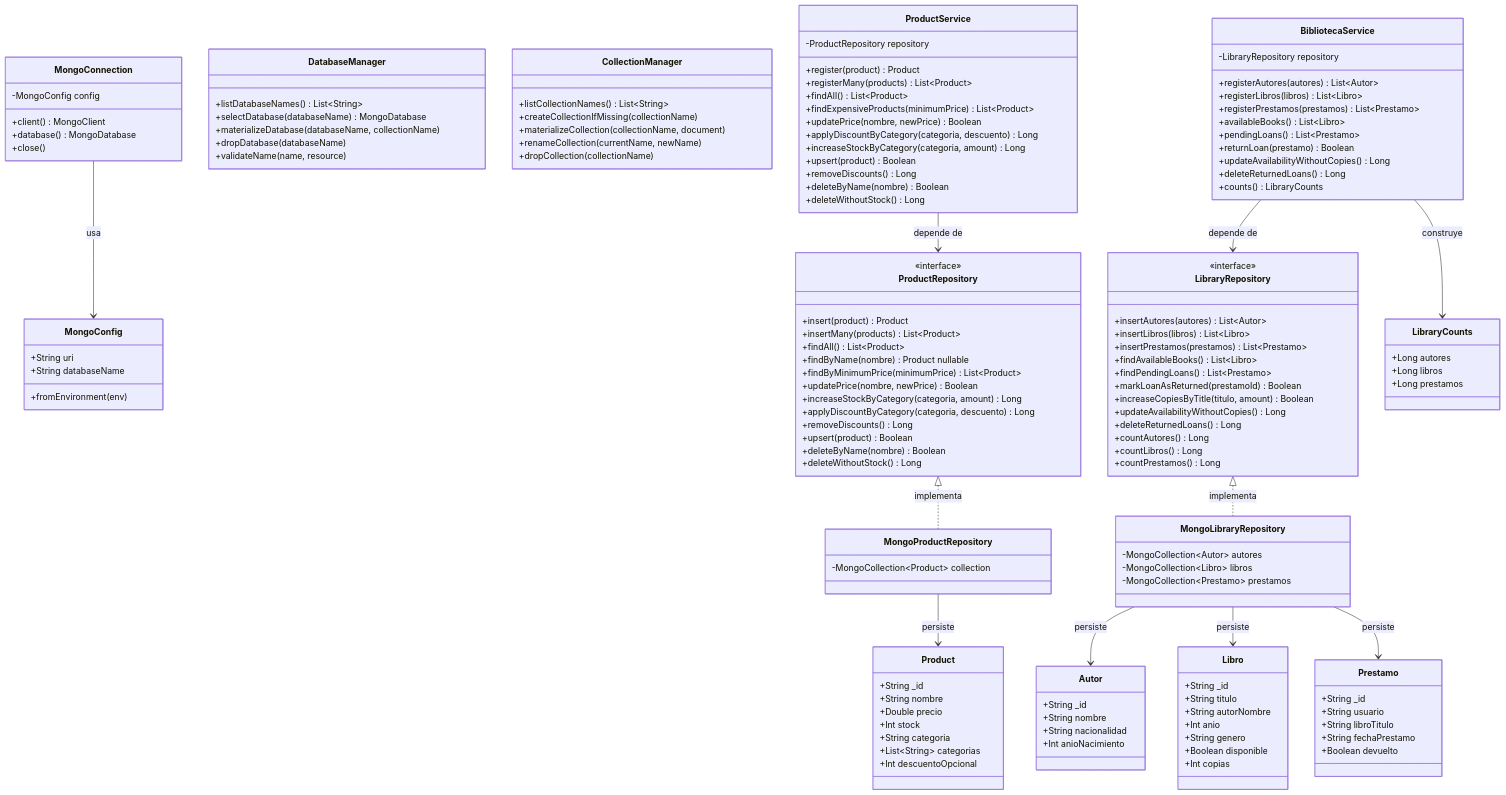
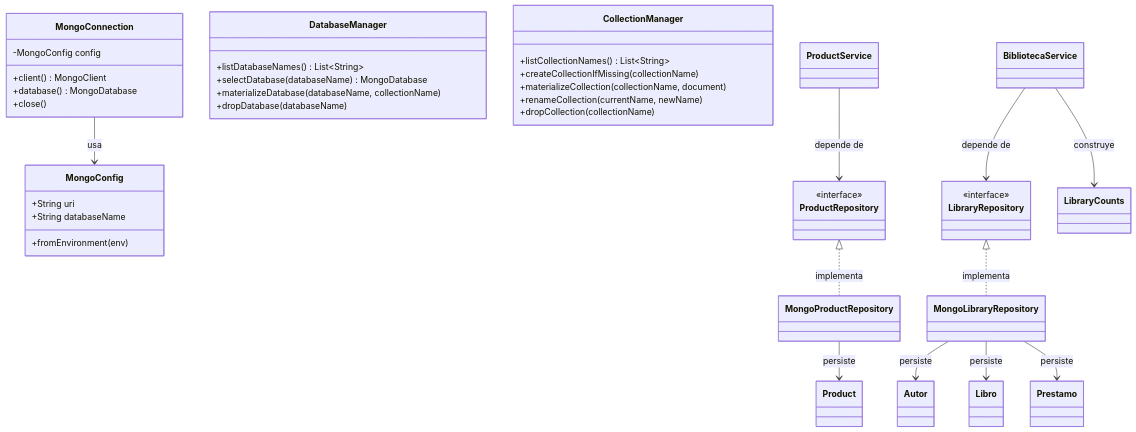
The first of 2 diagrams in doc/taller_mongodb.md (revilofe/2526_PRO_U8_TallerMongo), drawn with Mermaid before and after one commit. The commit also changed other lines of this file, not shown here.

Commit message:
Actualiza la estructura del taller de MongoDB: reorganiza secciones, mejora redacción y añade contenido sobre operaciones CRUD y gestión de bases de datos.

```diff
--- a/doc/taller_mongodb.md
+++ b/doc/taller_mongodb.md
@@ -665,7 +199,6 @@
         +selectDatabase(databaseName) MongoDatabase
         +materializeDatabase(databaseName, collectionName)
         +dropDatabase(databaseName)
-        +validateName(name, resource)
     }
 
     class CollectionManager {
@@ -676,116 +209,21 @@
         +dropCollection(collectionName)
     }
 
-    class ProductService {
-        -ProductRepository repository
-        +register(product) Product
-        +registerMany(products) List~Product~
-        +findAll() List~Product~
-        +findExpensiveProducts(minimumPrice) List~Product~
-        +updatePrice(nombre, newPrice) Boolean
-        +applyDiscountByCategory(categoria, descuento) Long
-        +increaseStockByCategory(categoria, amount) Long
-        +upsert(product) Boolean
-        +removeDiscounts() Long
-        +deleteByName(nombre) Boolean
-        +deleteWithoutStock() Long
-    }
-
+    class ProductService
     class ProductRepository {
         <<interface>>
-        +insert(product) Product
-        +insertMany(products) List~Product~
-        +findAll() List~Product~
-        +findByName(nombre) Product nullable
-        +findByMinimumPrice(minimumPrice) List~Product~
-        +updatePrice(nombre, newPrice) Boolean
-        +increaseStockByCategory(categoria, amount) Long
-        +applyDiscountByCategory(categoria, descuento) Long
-        +removeDiscounts() Long
-        +upsert(product) Boolean
-        +deleteByName(nombre) Boolean
-        +deleteWithoutStock() Long
     }
-
-    class MongoProductRepository {
-        -MongoCollection~Product~ collection
-    }
-
-    class BibliotecaService {
-        -LibraryRepository repository
-        +registerAutores(autores) List~Autor~
-        +registerLibros(libros) List~Libro~
-        +registerPrestamos(prestamos) List~Prestamo~
-        +availableBooks() List~Libro~
-        +pendingLoans() List~Prestamo~
-        +returnLoan(prestamo) Boolean
-        +updateAvailabilityWithoutCopies() Long
-        +deleteReturnedLoans() Long
-        +counts() LibraryCounts
-    }
-
+    class MongoProductRepository
+    class BibliotecaService
     class LibraryRepository {
         <<interface>>
-        +insertAutores(autores) List~Autor~
-        +insertLibros(libros) List~Libro~
-        +insertPrestamos(prestamos) List~Prestamo~
-        +findAvailableBooks() List~Libro~
-        +findPendingLoans() List~Prestamo~
-        +markLoanAsReturned(prestamoId) Boolean
-        +increaseCopiesByTitle(titulo, amount) Boolean
-        +updateAvailabilityWithoutCopies() Long
-        +deleteReturnedLoans() Long
-        +countAutores() Long
-        +countLibros() Long
-        +countPrestamos() Long
     }
-
-    class MongoLibraryRepository {
-        -MongoCollection~Autor~ autores
-        -MongoCollection~Libro~ libros
-        -MongoCollection~Prestamo~ prestamos
-    }
-
-    class Product {
-        +String _id
-        +String nombre
-        +Double precio
-        +Int stock
-        +String categoria
-        +List~String~ categorias
-        +Int descuentoOpcional
-    }
-
-    class Autor {
-        +String _id
-        +String nombre
-        +String nacionalidad
-        +Int anioNacimiento
-    }
-
-    class Libro {
-        +String _id
-        +String titulo
-        +String autorNombre
-        +Int anio
-        +String genero
-        +Boolean disponible
-        +Int copias
-    }
-
-    class Prestamo {
-        +String _id
-        +String usuario
-        +String libroTitulo
-        +String fechaPrestamo
-        +Boolean devuelto
-    }
-
-    class LibraryCounts {
-        +Long autores
-        +Long libros
-        +Long prestamos
-    }
+    class MongoLibraryRepository
+    class Product
+    class Autor
+    class Libro
+    class Prestamo
+    class LibraryCounts
 
     MongoConnection --> MongoConfig : usa
     ProductService --> ProductRepository : depende de
```
